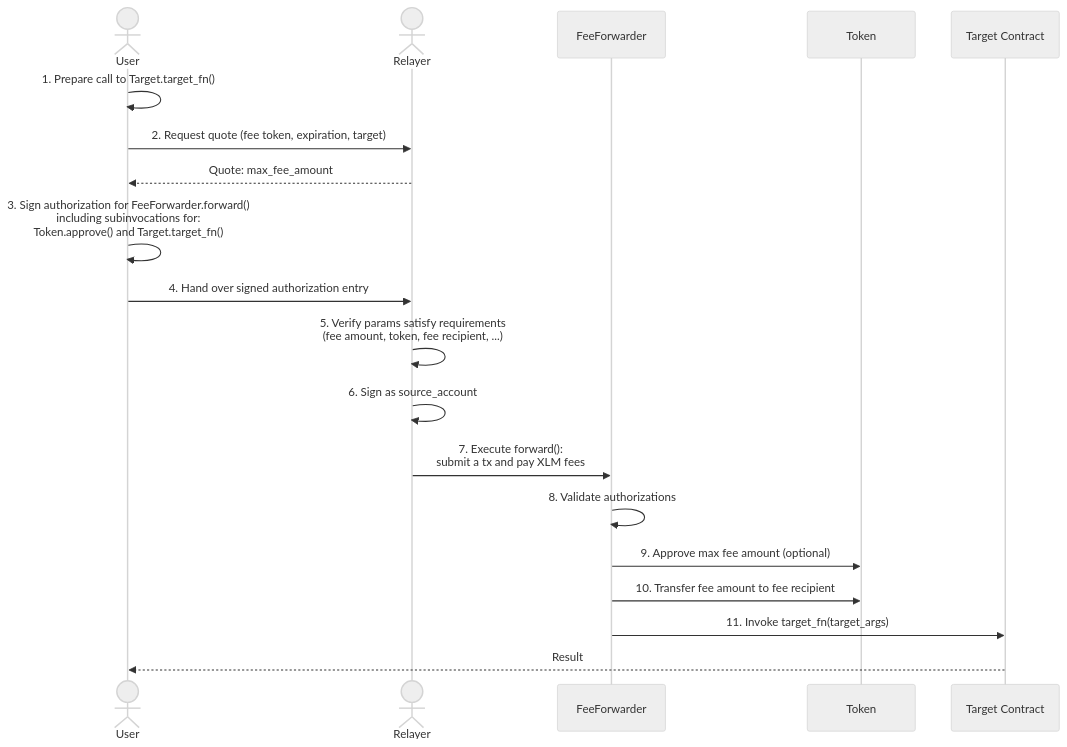
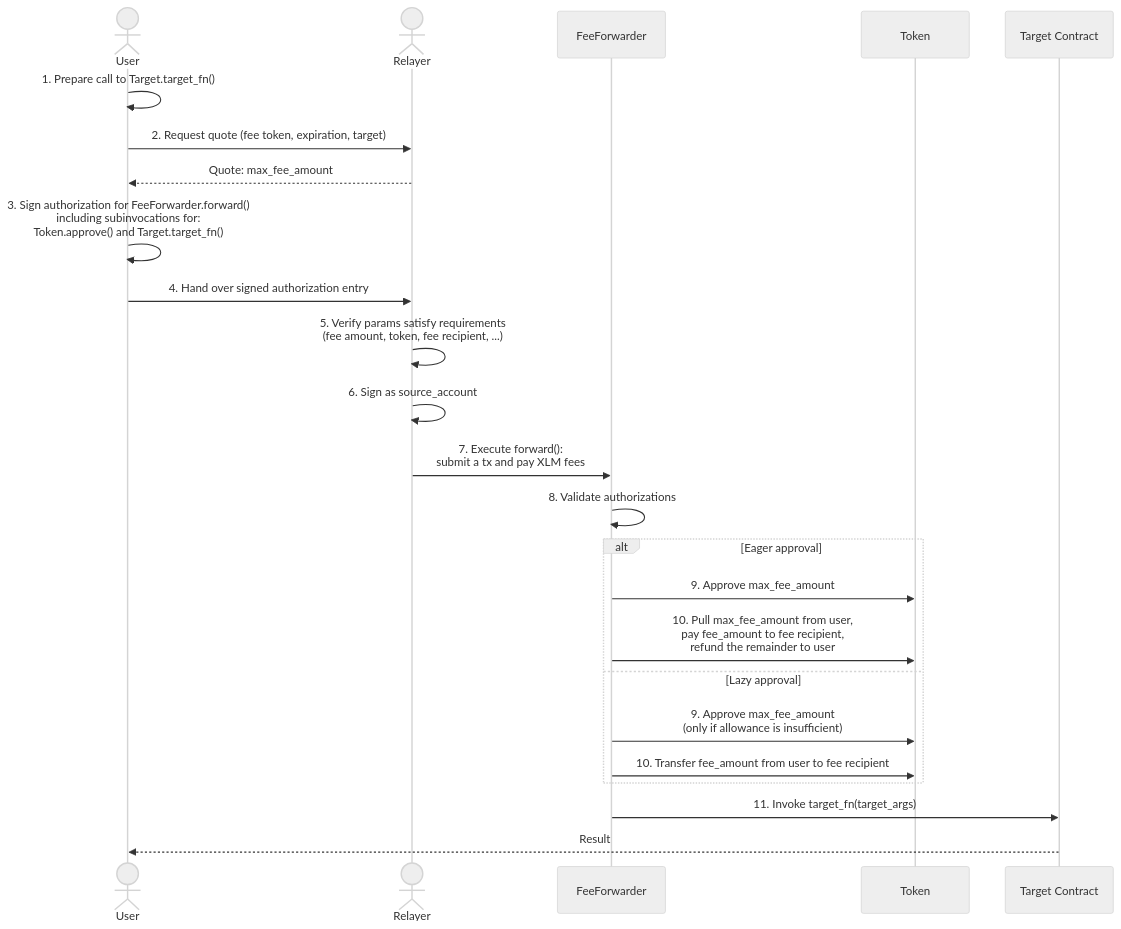
One commit to OpenZeppelin/docs changed the first of 2 diagrams in content/stellar-contracts/fee-abstraction.mdx. Above: the diagram before and after it, drawn with Mermaid (neutral theme). The commit also changed other lines of this file and 20 other files, not shown here.

````diff
--- a/content/stellar-contracts/fee-abstraction.mdx
+++ b/content/stellar-contracts/fee-abstraction.mdx
@@ -23,25 +23,30 @@
 ```mermaid
 sequenceDiagram
     actor User
     actor Relayer
     participant FeeForwarder
     participant Token
     participant Target Contract
 
     User->>User: 1. Prepare call to Target.target_fn()
     User->>Relayer: 2. Request quote (fee token, expiration, target)
     Relayer-->>User: Quote: max_fee_amount
     
     User->>User: 3. Sign authorization for FeeForwarder.forward()<br/>including subinvocations for:<br/> Token.approve() and Target.target_fn()
     User->>Relayer: 4. Hand over signed authorization entry
     
     Relayer->>Relayer: 5. Verify params satisfy requirements<br/>(fee amount, token, fee recipient, ...)
     Relayer->>Relayer: 6. Sign as source_account
     Relayer->>FeeForwarder: 7. Execute forward():<br/>submit a tx and pay XLM fees
     
     FeeForwarder->>FeeForwarder: 8. Validate authorizations
-    FeeForwarder->>Token: 9. Approve max fee amount (optional)
-    FeeForwarder->>Token: 10. Transfer fee amount to fee recipient
+    alt Eager approval
+        FeeForwarder->>Token: 9. Approve max_fee_amount
+        FeeForwarder->>Token: 10. Pull max_fee_amount from user,<br/>pay fee_amount to fee recipient,<br/>refund the remainder to user
+    else Lazy approval
+        FeeForwarder->>Token: 9. Approve max_fee_amount<br/>(only if allowance is insufficient)
+        FeeForwarder->>Token: 10. Transfer fee_amount from user to fee recipient
+    end
     FeeForwarder->>Target Contract: 11. Invoke target_fn(target_args)
     Target Contract-->>User: Result
 ```
````
